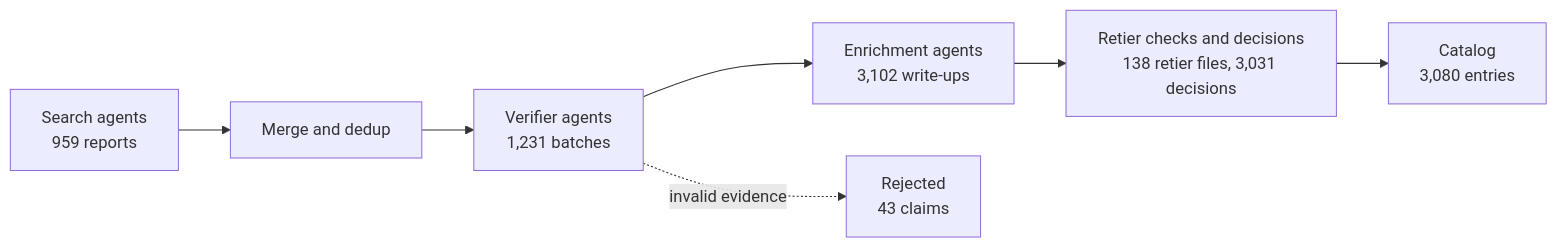
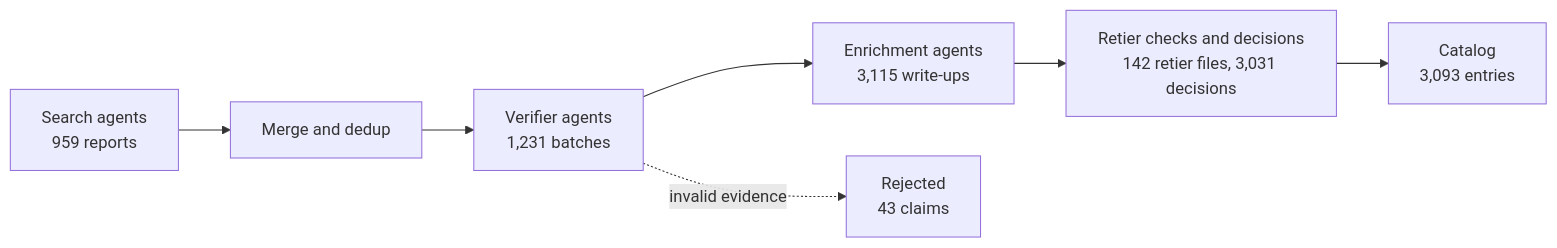
One commit to harrisjib216/fastplusplus changed the diagram in README.md. Above: the diagram before and after it, drawn with Mermaid. The commit also changed other lines of this file and 50 other files, not shown here.

````diff
--- a/README.md
+++ b/README.md
@@ -116,9 +116,9 @@
 ```mermaid
 flowchart LR
   S["Search agents<br/>959 reports"] --> M["Merge and dedup"]
   M --> V["Verifier agents<br/>1,231 batches"]
-  V --> E["Enrichment agents<br/>3,102 write-ups"]
-  E --> R["Retier checks and decisions<br/>138 retier files, 3,031 decisions"]
-  R --> C["Catalog<br/>3,080 entries"]
+  V --> E["Enrichment agents<br/>3,115 write-ups"]
+  E --> R["Retier checks and decisions<br/>142 retier files, 3,031 decisions"]
+  R --> C["Catalog<br/>3,093 entries"]
   V -. invalid evidence .-> X["Rejected<br/>43 claims"]
 ```
````
